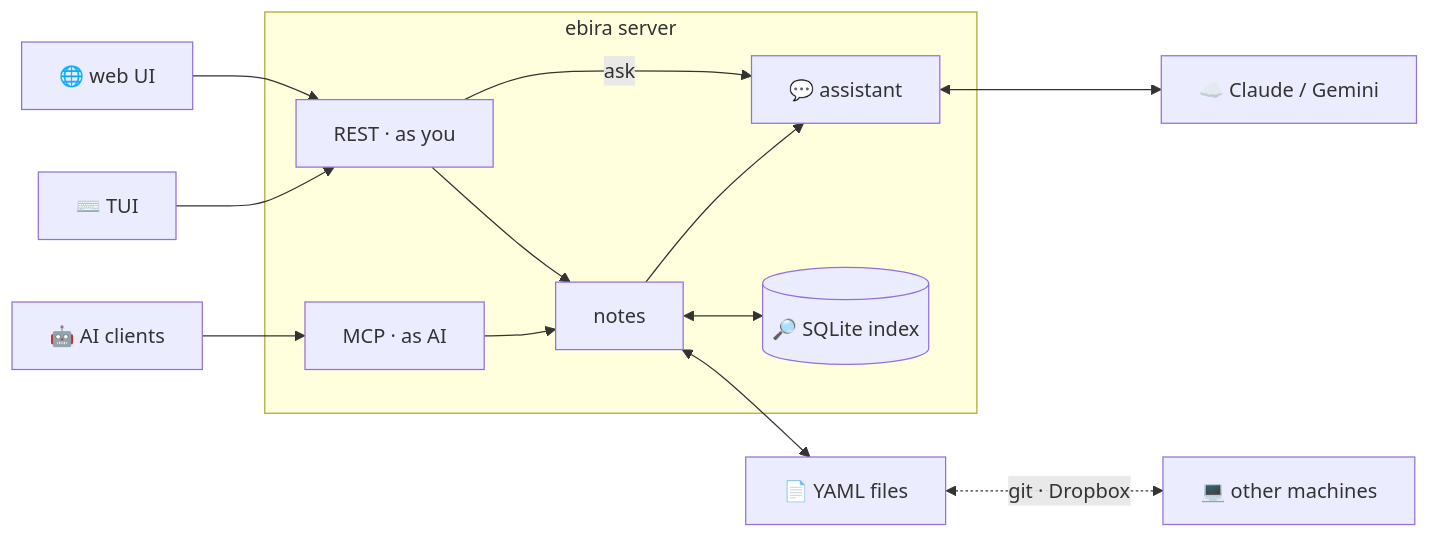
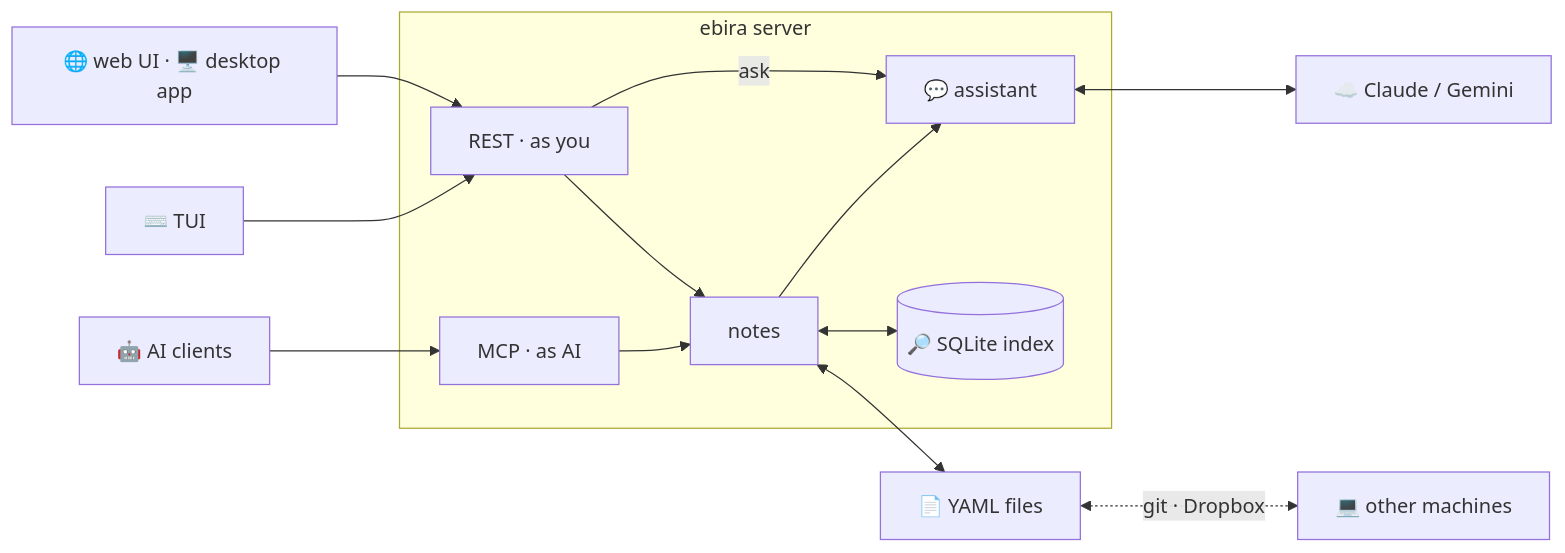
Before and after one commit to ikawaha/ebira: the diagram in README.md, drawn with Mermaid. The commit also changed other lines of this file and 1 other file, not shown here.

Commit message:
docs: tell about the desktop app throughout the README

````diff
--- a/README.md
+++ b/README.md
@@ -43,20 +43,20 @@
 ```mermaid
 flowchart LR
-  W["🌐 web UI"] --> R
+  W["🌐 web UI · 🖥️ desktop app"] --> R
   T["⌨️ TUI"] --> R
   C["🤖 AI clients"] --> M
   subgraph S["ebira server"]
     R["REST · as you"]
     M["MCP · as AI"]
     N["notes"]
     A["💬 assistant"]
     I[("🔎 SQLite index")]
     R & M --> N
     R -->|"ask"| A
     N --> A
     N <--> I
   end
   A <--> L["☁️ Claude / Gemini"]
   N <--> F["📄 YAML files"]
   F <-.->|"git · Dropbox"| O["💻 other machines"]
 ```
````
